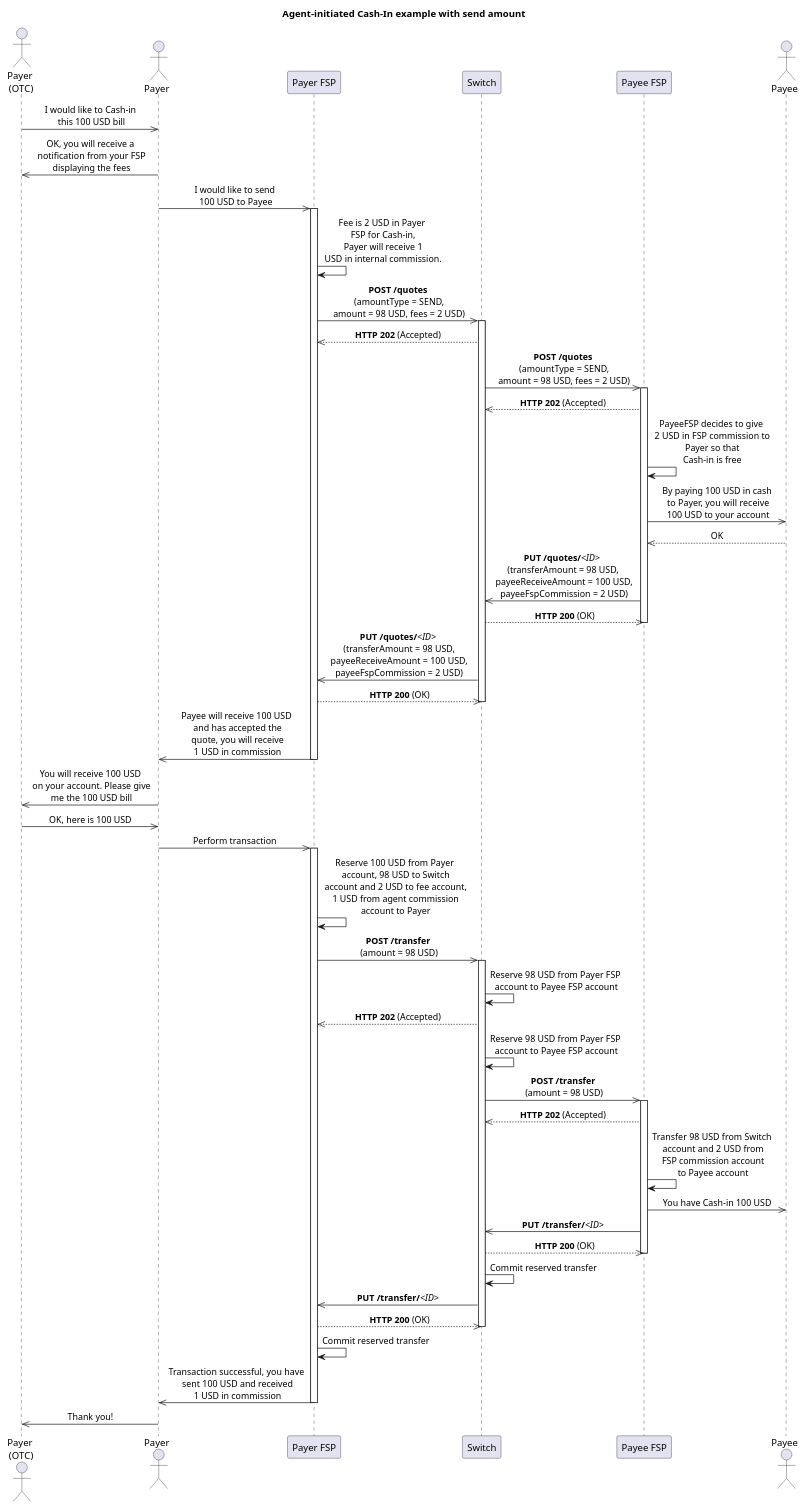
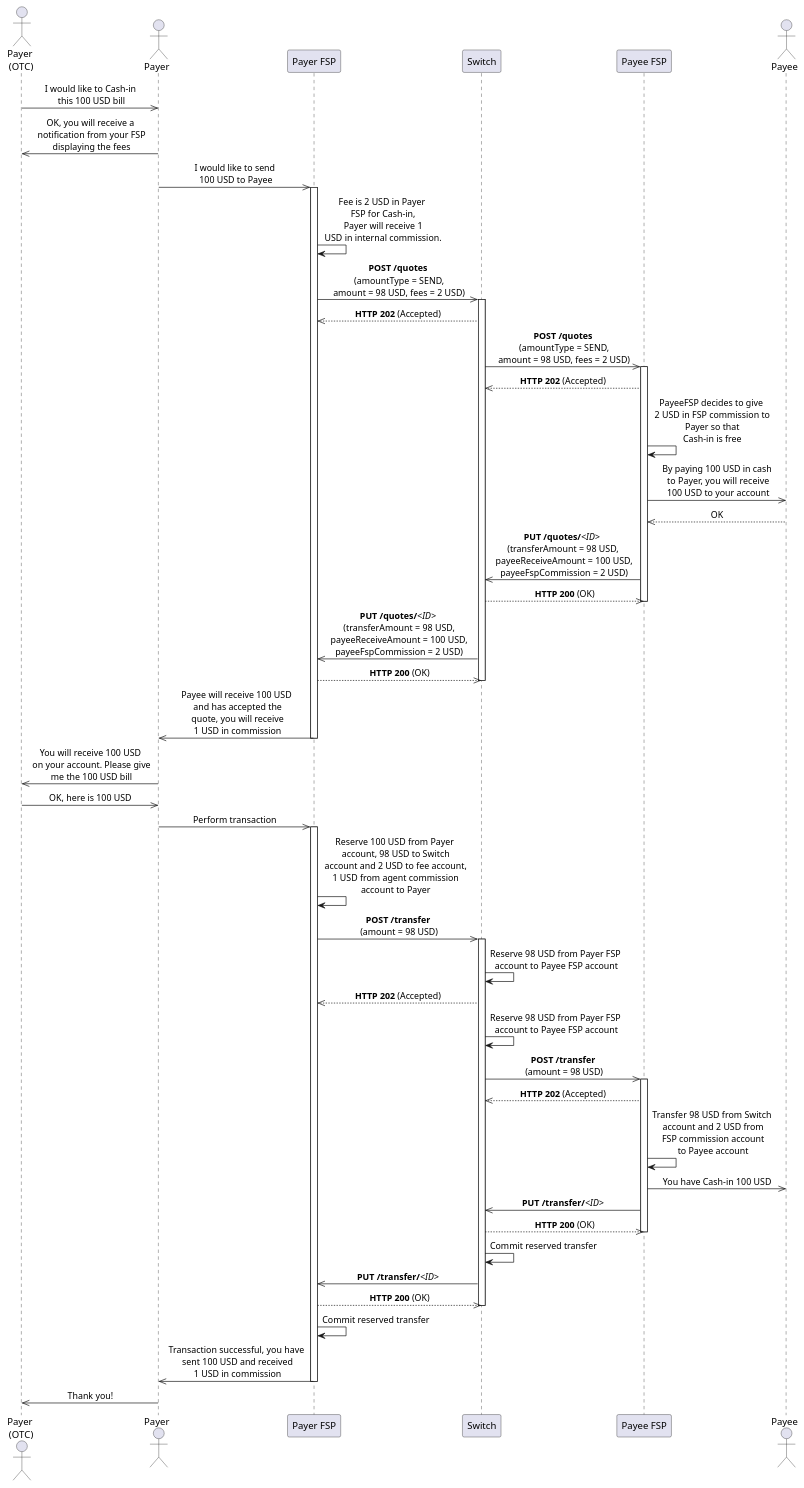
Before and after one commit to mojaloop/mojaloop-specification: the diagram in assets/diagrams/sequence/figure20.plantuml, drawn with PlantUML. The commit also changed 26 other files, not shown here.

Commit message:
Updates to .svg and .plantuml files.

```diff
--- a/assets/diagrams/sequence/figure20.plantuml
+++ b/assets/diagrams/sequence/figure20.plantuml
@@ -25,72 +25,72 @@
 @startuml
 ' declaring skinparam
 skinparam sequenceMessageAlign center
 
 ' declare title
-title Agent-initiated Cash-In example with send amount
+' title Agent-initiated Cash-In example with send amount
 
 ' Actor Keys:
 ' participant - FSP or Switch
 ' actor - Payee, Payer or Payer(OTC)
 
 ' declare actors
 actor "Payer\n (OTC)" as PayerOTC
 actor "Payer" as Payer
 participant "Payer FSP" as PayerFSP
 participant "Switch" as SWITCH
 participant "Payee FSP" as PayeeFSP
 Actor "Payee" as Payee
 
 ' start flow
 
 ' activate Payer
 PayerOTC ->> Payer: I would like to Cash-in\n this 100 USD bill
 PayerOTC <<- Payer: OK, you will receive a\n notification from your FSP\n displaying the fees
 Payer ->> PayerFSP: I would like to send\n 100 USD to Payee
 activate PayerFSP
 PayerFSP -> PayerFSP: Fee is 2 USD in Payer\n FSP for Cash-in,\n Payer will receive 1\n USD in internal commission.
 PayerFSP ->> SWITCH: **POST /quotes**\n (amountType = SEND,\n amount = 98 USD, fees = 2 USD)
 activate SWITCH
 PayerFSP <<-- SWITCH: **HTTP 202** (Accepted)
 SWITCH ->> PayeeFSP: **POST /quotes**\n (amountType = SEND,\n amount = 98 USD, fees = 2 USD)
 activate PayeeFSP
 SWITCH <<-- PayeeFSP: **HTTP 202** (Accepted)
 PayeeFSP -> PayeeFSP: PayeeFSP decides to give\n 2 USD in FSP commission to\n Payer so that\n Cash-in is free
 PayeeFSP ->> Payee: By paying 100 USD in cash\n to Payer, you will receive\n 100 USD to your account
 PayeeFSP <<-- Payee: OK
 SWITCH <<- PayeeFSP: **PUT /quotes/**<i><ID></i> \n(transferAmount = 98 USD,\n payeeReceiveAmount = 100 USD,\n payeeFspCommission = 2 USD)
 SWITCH -->> PayeeFSP: **HTTP 200** (OK)
 deactivate PayeeFSP
 PayerFSP <<- SWITCH: **PUT /quotes/**<i><ID></i>\n (transferAmount = 98 USD,\n payeeReceiveAmount = 100 USD,\n payeeFspCommission = 2 USD)
 PayerFSP -->> SWITCH: **HTTP 200** (OK)
 deactivate SWITCH
 Payer <<- PayerFSP: Payee will receive 100 USD\n and has accepted the\n quote, you will receive\n 1 USD in commission
 deactivate PayerFSP
 PayerOTC <<- Payer: You will receive 100 USD\n on your account. Please give\n me the 100 USD bill
 ' deactivate Payer
 PayerOTC ->> Payer: OK, here is 100 USD
 Payer ->> PayerFSP: Perform transaction
 activate PayerFSP
 PayerFSP -> PayerFSP: Reserve 100 USD from Payer\n account, 98 USD to Switch\n account and 2 USD to fee account,\n 1 USD from agent commission\n account to Payer
 PayerFSP ->> SWITCH: **POST /transfer**\n (amount = 98 USD)
 activate SWITCH
 SWITCH -> SWITCH: Reserve 98 USD from Payer FSP\n account to Payee FSP account
 PayerFSP <<-- SWITCH: **HTTP 202** (Accepted)
 SWITCH -> SWITCH: Reserve 98 USD from Payer FSP\n account to Payee FSP account
 SWITCH ->> PayeeFSP: **POST /transfer**\n (amount = 98 USD)
 activate PayeeFSP
 SWITCH <<-- PayeeFSP: **HTTP 202** (Accepted)
 PayeeFSP -> PayeeFSP: Transfer 98 USD from Switch\n account and 2 USD from\n FSP commission account\n to Payee account
 PayeeFSP ->> Payee: You have Cash-in 100 USD
 SWITCH <<- PayeeFSP: **PUT /transfer/**<i><ID></i>
 SWITCH -->> PayeeFSP: **HTTP 200** (OK)
 deactivate PayeeFSP
 SWITCH -> SWITCH: Commit reserved transfer
 PayerFSP <<- SWITCH: **PUT /transfer/**<i><ID></i>
 PayerFSP -->> SWITCH: **HTTP 200** (OK)
 deactivate SWITCH
 PayerFSP -> PayerFSP: Commit reserved transfer
 Payer <<- PayerFSP: Transaction successful, you have\n sent 100 USD and received\n 1 USD in commission
 deactivate PayerFSP
 PayerOTC <<- Payer: Thank you!
 @enduml
```
